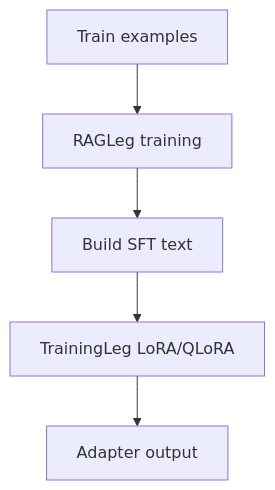
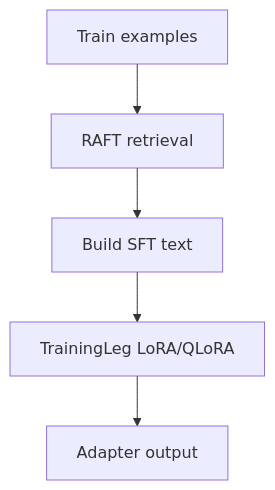
One commit to GabrielBarberini/llm-tripod changed the first of 3 diagrams in FLOW_OF_INFORMATION.md. Above: the diagram before and after it, drawn with Mermaid. The commit also changed other lines of this file and 21 other files, not shown here.

````diff
--- a/FLOW_OF_INFORMATION.md
+++ b/FLOW_OF_INFORMATION.md
@@ -7,7 +7,7 @@
 ```mermaid
 flowchart TD
-  Dataset[Train examples] --> RAG[RAGLeg training]
-  RAG --> SFT[Build SFT text]
+  Dataset[Train examples] --> RAFT[RAFT retrieval]
+  RAFT --> SFT[Build SFT text]
   SFT --> Train[TrainingLeg LoRA/QLoRA]
   Train --> Adapter[Adapter output]
 ```
````
